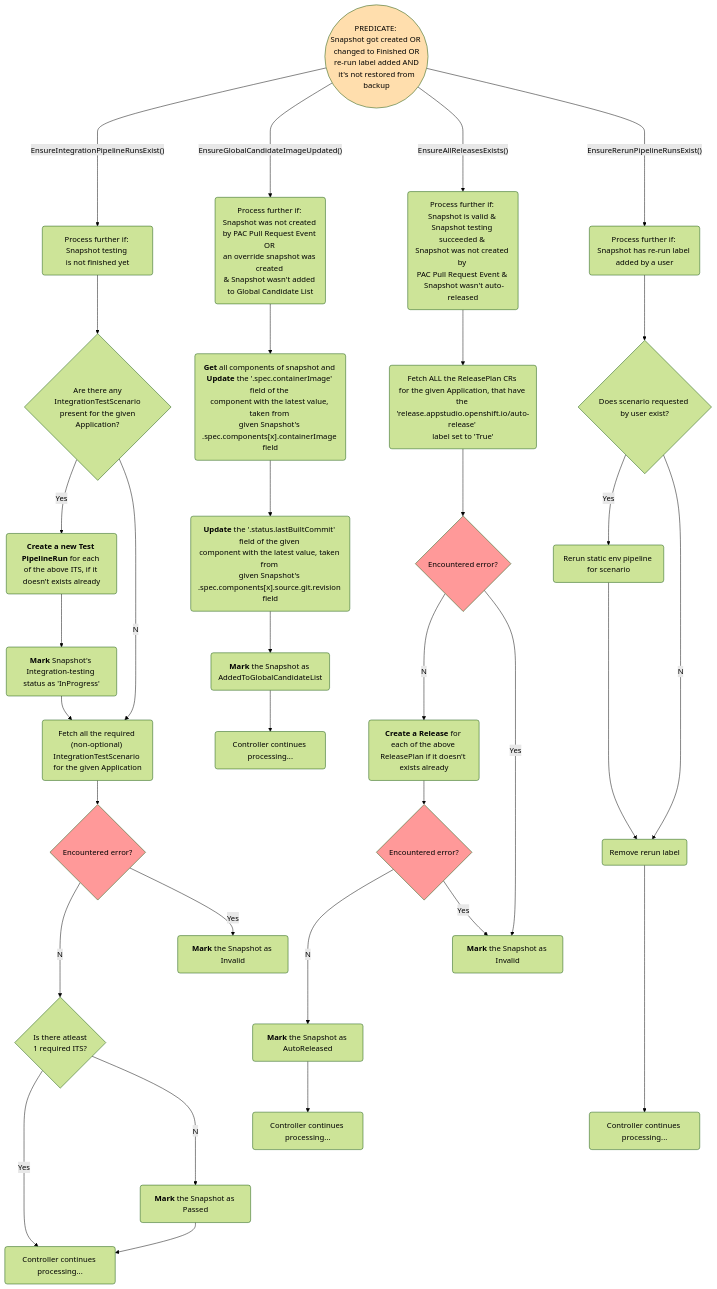
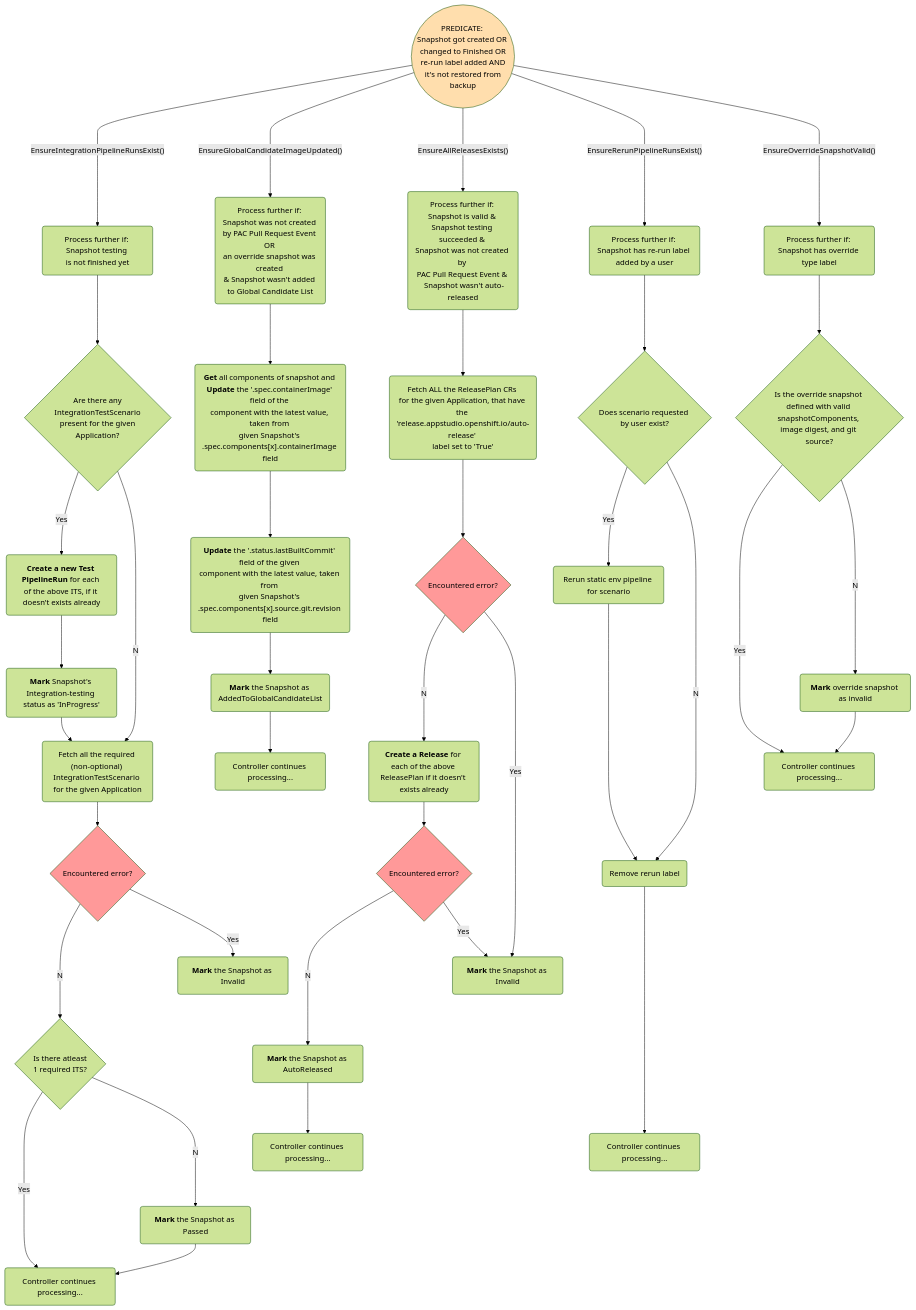
The diagram in docs/snapshot-controller.md (konflux-ci/integration-service), drawn with Mermaid before and after one commit. The commit also changed 5 other files, not shown here.

First line of the commit message:
feat(STONEINTG-966): ensure override snapshot is valid to be released

```diff
--- a/docs/snapshot-controller.md
+++ b/docs/snapshot-controller.md
@@ -98,6 +98,22 @@
   rerun_static_env                ---->    remove_rerun_label
 
 
+  %%%%%%%%%%%%%%%%%%%%%%% Drawing EnsureOverrideSnapshotValid() function
+
+  %% Node definitions
+  ensure4(Process further if: Snapshot has override type label)
+  validate_override_valid{Is the override snapshot <br>defined with valid snapshotComponents, <br>image digest, and git source?}
+  mark_snapshot_invalid(<b>Mark</b> override snapshot as invalid)
+  continue_processing4(Controller continues processing...)
+
+  %% Node connections
+  predicate                       ---->    |"EnsureOverrideSnapshotValid()"|ensure4
+  ensure4                         -->      validate_override_valid
+  validate_override_valid         --Yes--> continue_processing4
+  validate_override_valid         --No-->  mark_snapshot_invalid
+  mark_snapshot_invalid           -->      continue_processing4
+
+
   %% Assigning styles to nodes
   class predicate Amber;
   class encountered_error1,encountered_error31,encountered_error32,encountered_error5 Red;
```
